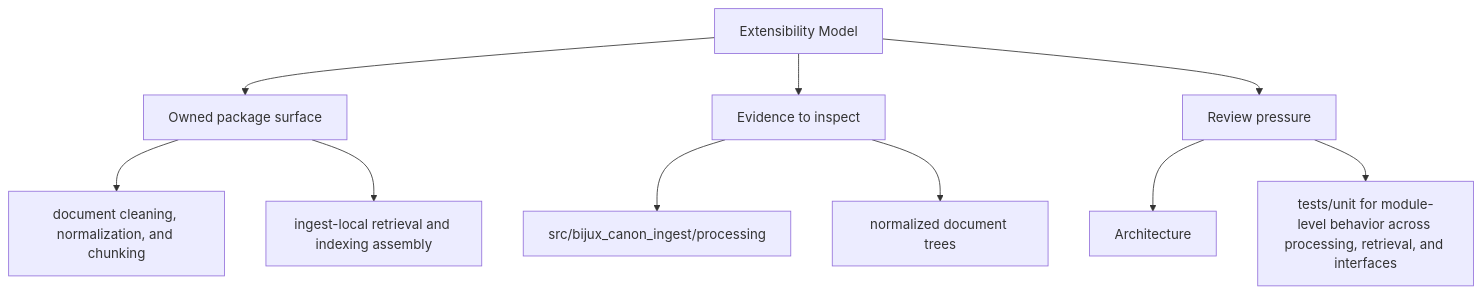
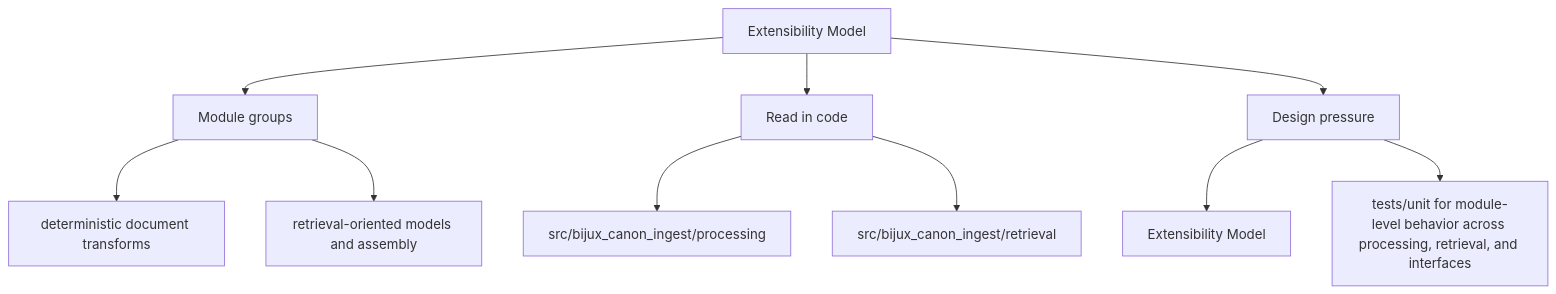
The second of 2 diagrams in docs/bijux-canon-ingest/architecture/extensibility-model.md (bijux/bijux-canon), drawn with Mermaid before and after one commit. The commit also changed other lines of this file and 250 other files, not shown here.

Commit message:
docs(diagrams): make product page maps more readable

````diff
--- a/docs/bijux-canon-ingest/architecture/extensibility-model.md
+++ b/docs/bijux-canon-ingest/architecture/extensibility-model.md
@@ -34,22 +34,22 @@
 ```mermaid
 flowchart TD
     page["Extensibility Model"]
-    focus1["Owned package surface"]
+    focus1["Module groups"]
     page --> focus1
-    focus1_1["document cleaning, normalization, and chunking"]
+    focus1_1["deterministic document transforms"]
     focus1 --> focus1_1
-    focus1_2["ingest-local retrieval and indexing assembly"]
+    focus1_2["retrieval-oriented models and assembly"]
     focus1 --> focus1_2
-    focus2["Evidence to inspect"]
+    focus2["Read in code"]
     page --> focus2
     focus2_1["src/bijux_canon_ingest/processing"]
     focus2 --> focus2_1
-    focus2_2["normalized document trees"]
+    focus2_2["src/bijux_canon_ingest/retrieval"]
     focus2 --> focus2_2
-    focus3["Review pressure"]
+    focus3["Design pressure"]
     page --> focus3
-    focus3_1["Architecture"]
+    focus3_1["Extensibility Model"]
     focus3 --> focus3_1
     focus3_2["tests/unit for module-level behavior across processing, retrieval, and interfaces"]
     focus3 --> focus3_2
 ```
````
